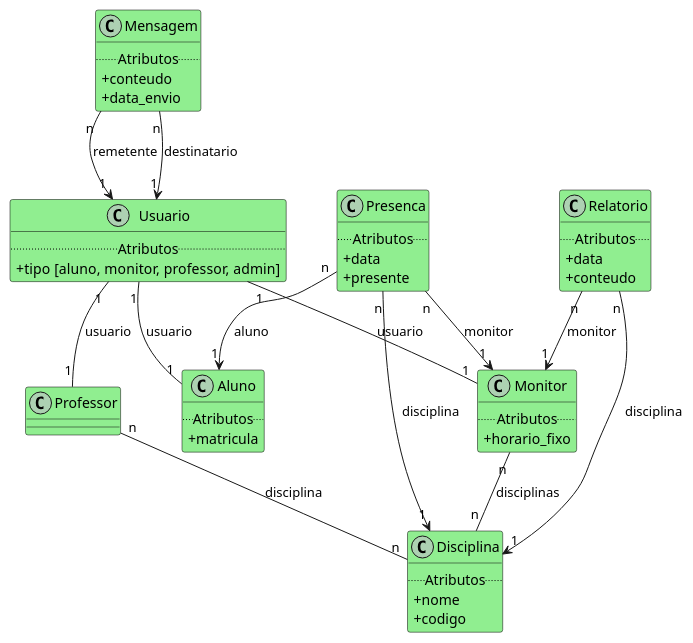
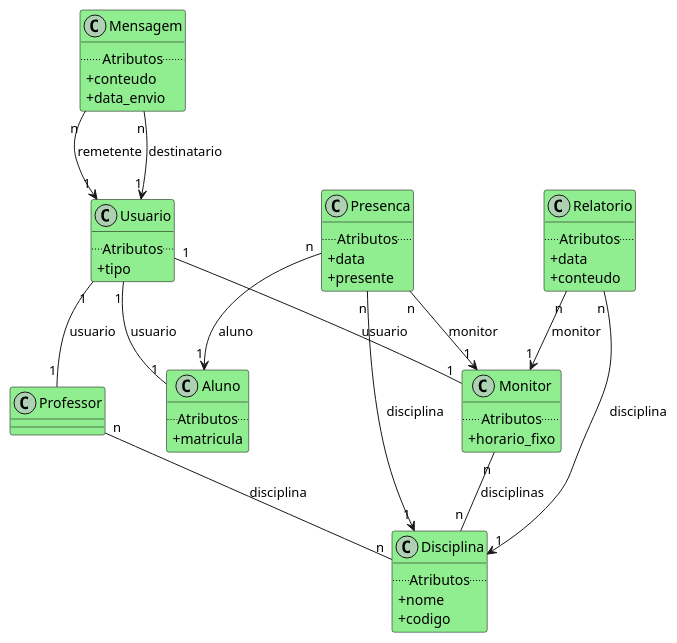
Before and after one commit to Projetos-de-Extensao/PBE_25.2_8003_II: the diagram in docs/Elaboracao/diagrama_de_classes.md, drawn with PlantUML.

```diff
--- a/docs/Elaboracao/diagrama_de_classes.md
+++ b/docs/Elaboracao/diagrama_de_classes.md
@@ -24,7 +24,7 @@
 
 class Usuario {
 .. Atributos ..
-+ tipo [aluno, monitor, professor, admin]
++ tipo 
 }
 
 class Disciplina {
```
